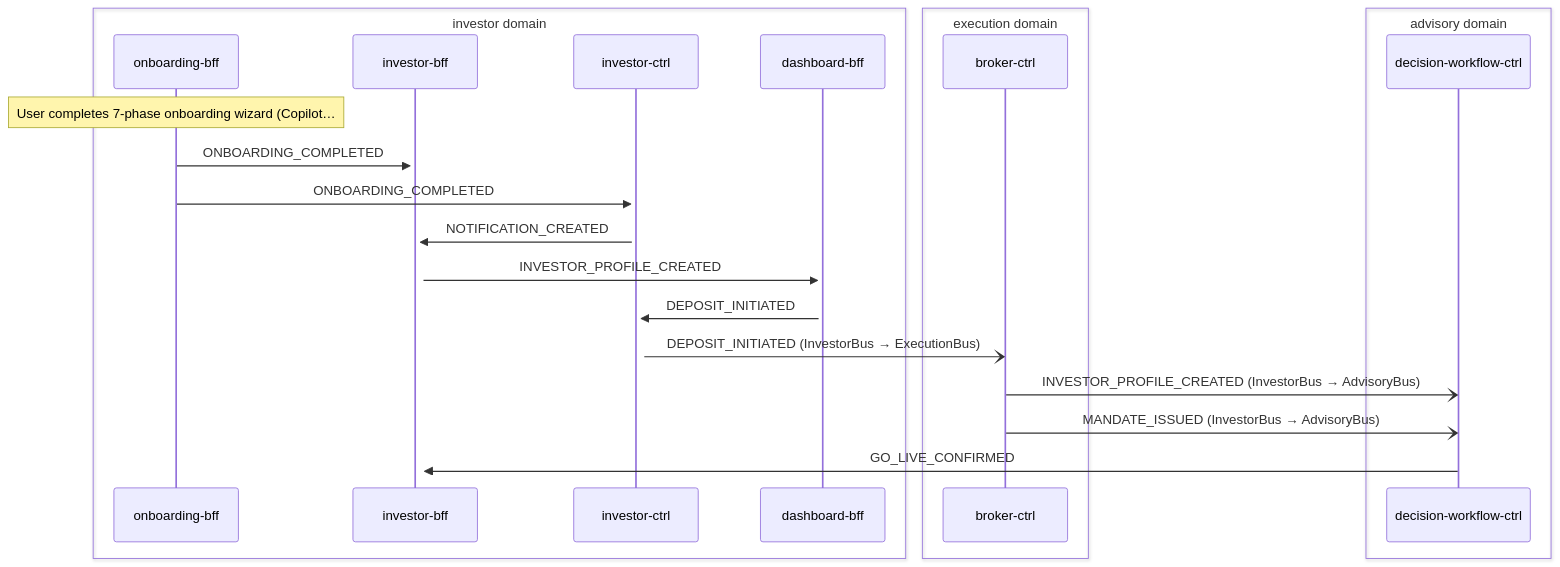
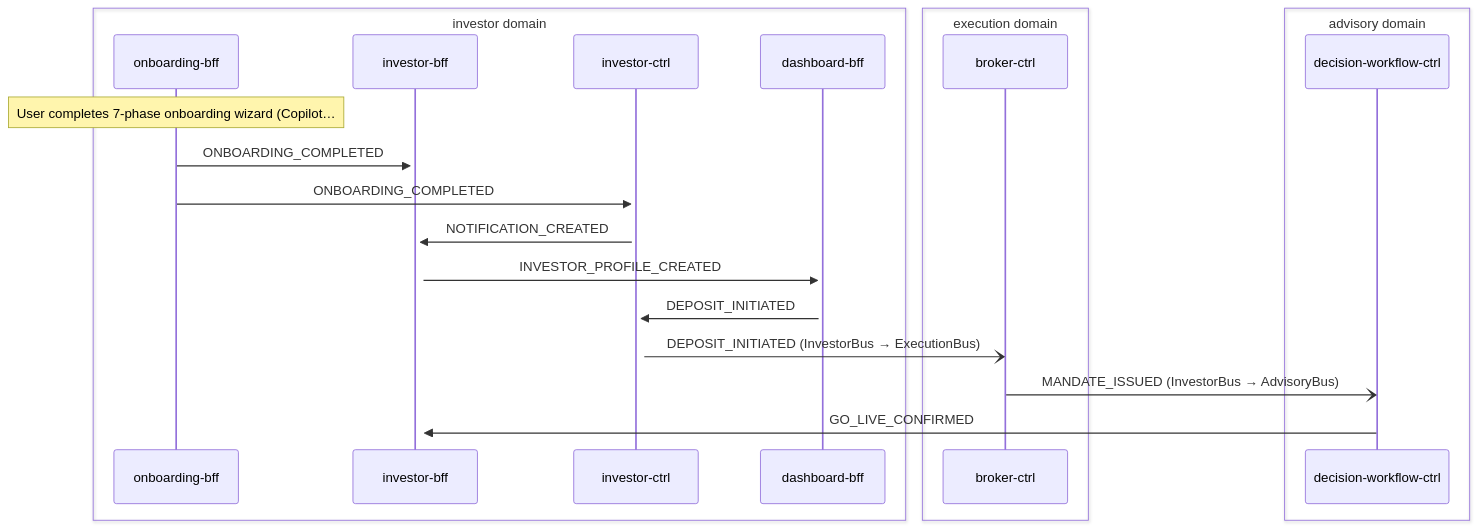
The second of 2 diagrams in docs/data-flows/investor-onboarding.md (fabio-vitali/nestfolio), drawn with Mermaid before and after one commit. The commit also changed other lines of this file and 25 other files, not shown here.

First line of the commit message:
docs(data-flows): sync flow specs to code + harden generator

````diff
--- a/docs/data-flows/investor-onboarding.md
+++ b/docs/data-flows/investor-onboarding.md
@@ -33,25 +33,24 @@
 ```mermaid
 sequenceDiagram
     box investor domain
         participant onboarding_bff as onboarding-bff
         participant investor_bff as investor-bff
         participant investor_ctrl as investor-ctrl
         participant dashboard_bff as dashboard-bff
     end
     box execution domain
         participant broker_ctrl as broker-ctrl
     end
     box advisory domain
         participant decision_workflow_ctrl as decision-workflow-ctrl
     end
     Note over onboarding_bff: User completes 7-phase onboarding wizard (Copilot…
     onboarding_bff->>+investor_bff: ONBOARDING_COMPLETED
     onboarding_bff->>+investor_ctrl: ONBOARDING_COMPLETED
     investor_ctrl->>+investor_bff: NOTIFICATION_CREATED
     investor_bff->>+dashboard_bff: INVESTOR_PROFILE_CREATED
     dashboard_bff->>+investor_ctrl: DEPOSIT_INITIATED
     investor_ctrl-)broker_ctrl: DEPOSIT_INITIATED (InvestorBus → ExecutionBus)
-    broker_ctrl-)decision_workflow_ctrl: INVESTOR_PROFILE_CREATED (InvestorBus → AdvisoryBus)
     broker_ctrl-)decision_workflow_ctrl: MANDATE_ISSUED (InvestorBus → AdvisoryBus)
     decision_workflow_ctrl->>+investor_bff: GO_LIVE_CONFIRMED
 ```
````
